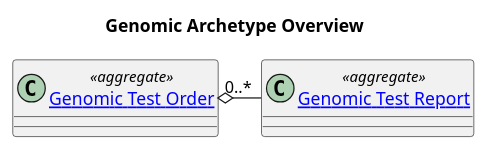
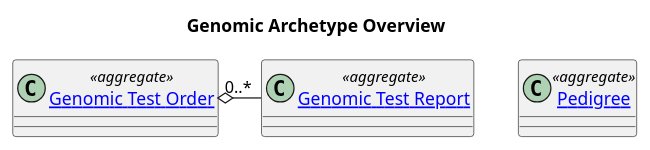
The diagram in input/images-source/LTW-model.plantuml (uk-gov-mirror/nw-gmsa.nw-gmsa.github.com), drawn with PlantUML before and after one commit.

Commit message:
Diagnostic Implication

```diff
--- a/input/images-source/LTW-model.plantuml
+++ b/input/images-source/LTW-model.plantuml
@@ -1,15 +1,16 @@
 @startuml
 
 title "Genomic Archetype Overview"
 
 
 class "[[Questionnaire-GenomicTestOrder.html Genomic Test Order]]" as Order <<aggregate>> {
 
 }
 
 class "[[Questionnaire-GenomicTestReport.html Genomic Test Report]]" as Report <<aggregate>>
 
+class "[[Questionnaire-Pedigree.html Pedigree]]" as Pedigree <<aggregate>>
 
 Order o-r- "0..*" Report
 
 @enduml
```
